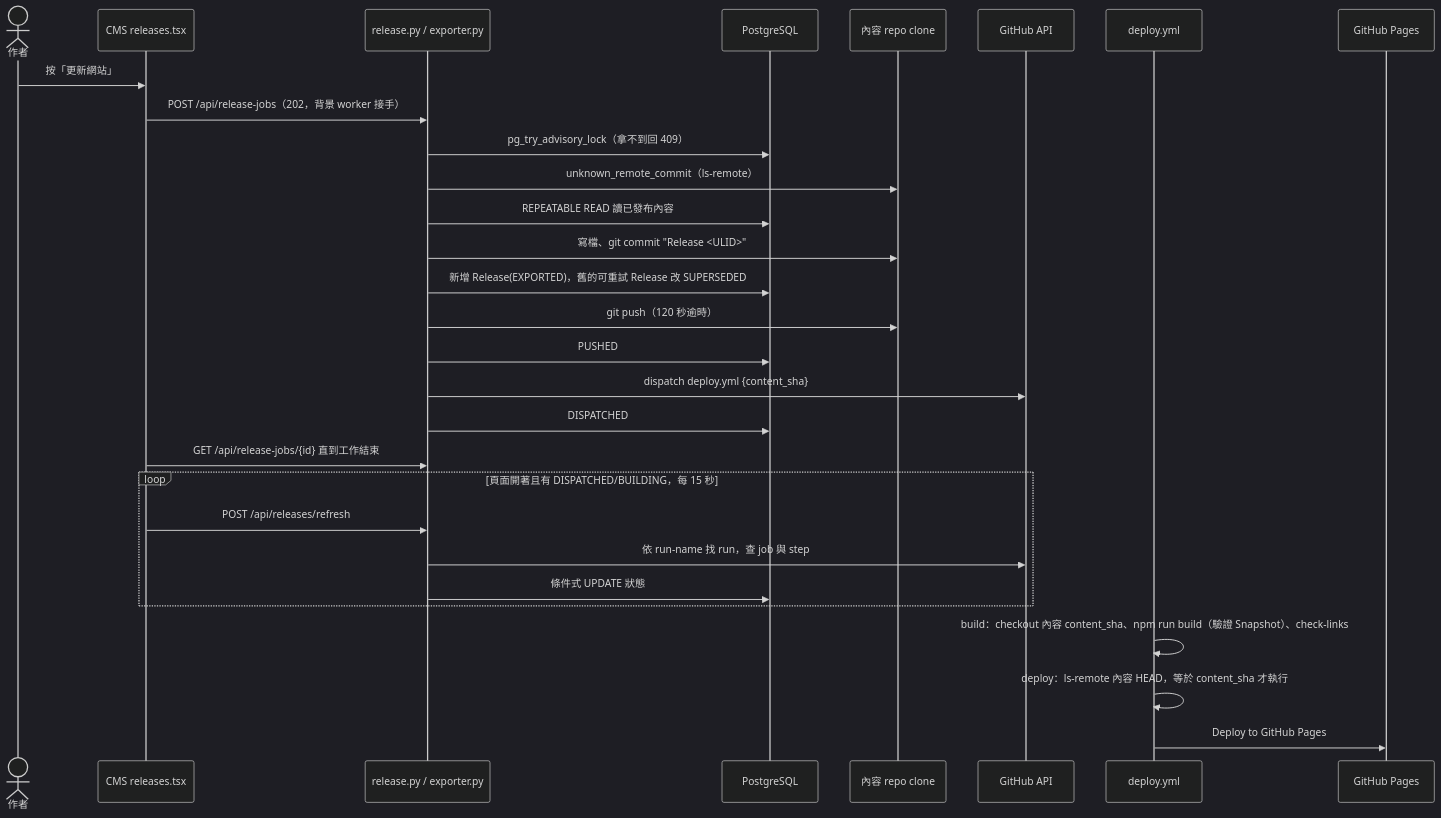
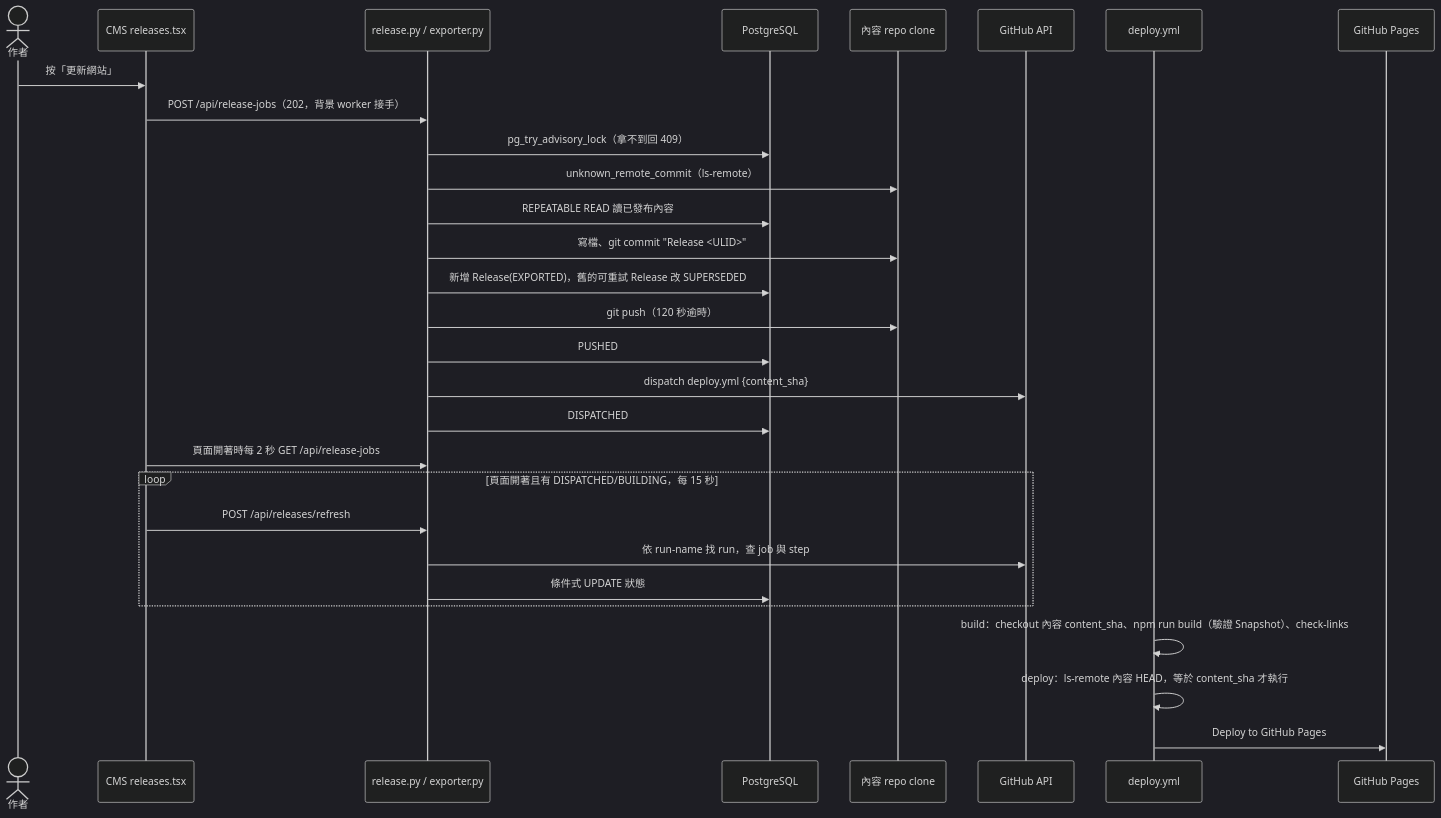
One commit to Hack-Ray/personal-blog changed the second of 3 diagrams in docs/architecture/how-it-works.md. Above: the diagram before and after it, drawn with Mermaid (dark theme). The commit also changed other lines of this file and 6 other files, not shown here.

````diff
--- a/docs/architecture/how-it-works.md
+++ b/docs/architecture/how-it-works.md
@@ -152,32 +152,32 @@
 ```mermaid
 sequenceDiagram
   actor A as 作者
   participant SPA as CMS releases.tsx
   participant API as release.py / exporter.py
   participant DB as PostgreSQL
   participant Git as 內容 repo clone
   participant GH as GitHub API
   participant WF as deploy.yml
   participant P as GitHub Pages
 
   A->>SPA: 按「更新網站」
   SPA->>API: POST /api/release-jobs（202，背景 worker 接手）
   API->>DB: pg_try_advisory_lock（拿不到回 409）
   API->>Git: unknown_remote_commit（ls-remote）
   API->>DB: REPEATABLE READ 讀已發布內容
   API->>Git: 寫檔、git commit "Release <ULID>"
   API->>DB: 新增 Release(EXPORTED)，舊的可重試 Release 改 SUPERSEDED
   API->>Git: git push（120 秒逾時）
   API->>DB: PUSHED
   API->>GH: dispatch deploy.yml {content_sha}
   API->>DB: DISPATCHED
-  SPA->>API: GET /api/release-jobs/{id} 直到工作結束
+  SPA->>API: 頁面開著時每 2 秒 GET /api/release-jobs
   loop 頁面開著且有 DISPATCHED/BUILDING，每 15 秒
     SPA->>API: POST /api/releases/refresh
     API->>GH: 依 run-name 找 run，查 job 與 step
     API->>DB: 條件式 UPDATE 狀態
   end
   WF->>WF: build：checkout 內容 content_sha、npm run build（驗證 Snapshot）、check-links
   WF->>WF: deploy：ls-remote 內容 HEAD，等於 content_sha 才執行
   WF->>P: Deploy to GitHub Pages
 ```
````
